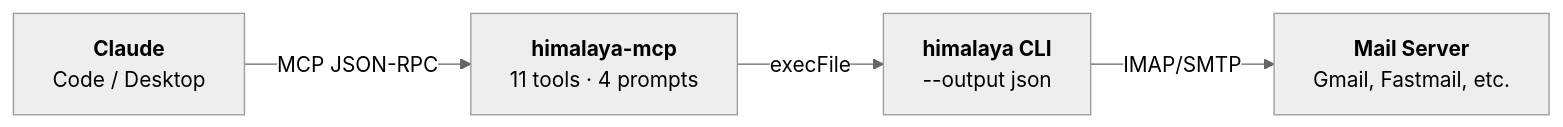
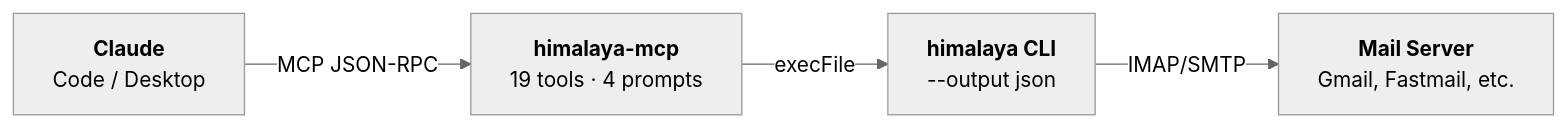
Before and after one commit to Data-Wise/himalaya-mcp: the diagram in docs/index.md, drawn with Mermaid (neutral theme). The commit also changed other lines of this file and 6 other files, not shown here.

````diff
--- a/docs/index.md
+++ b/docs/index.md
@@ -67,10 +67,10 @@
 ```mermaid
 flowchart LR
     A["`**Claude**
     Code / Desktop`"] -->|MCP JSON-RPC| B["`**himalaya-mcp**
-    11 tools · 4 prompts`"]
+    19 tools · 4 prompts`"]
     B -->|execFile| C["`**himalaya CLI**
     --output json`"]
     C -->|IMAP/SMTP| D["`**Mail Server**
     Gmail, Fastmail, etc.`"]
 ```
````
